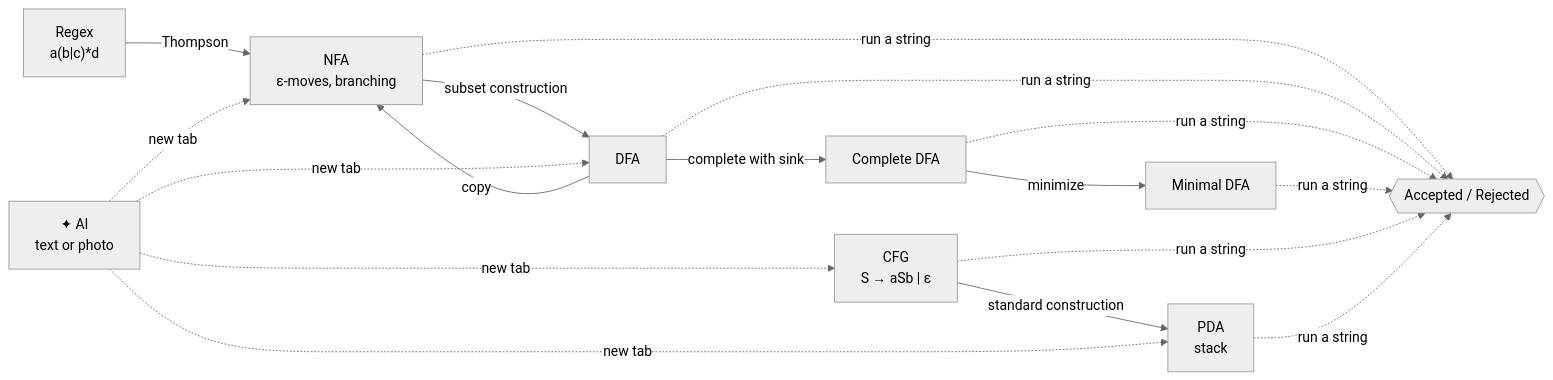
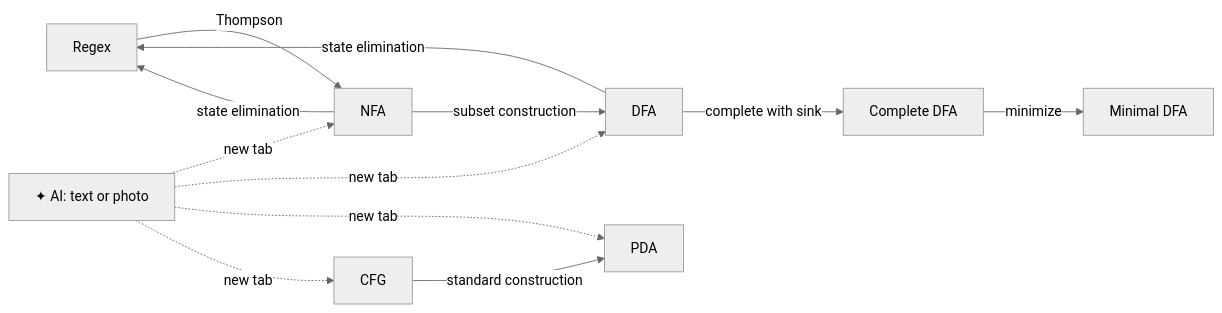
Before and after one commit to xiaogao0616/lumina: the diagram in README.md, drawn with Mermaid (neutral theme). The commit also changed other lines of this file and 1 other file, not shown here.

````diff
--- a/README.md
+++ b/README.md
@@ -214,12 +201,10 @@
 ```mermaid
 flowchart LR
-    R["Regex<br/>a(b|c)*d"] -- Thompson --> N["NFA<br/>ε-moves, branching"]
+    R["Regex"] -- Thompson --> N["NFA"]
     N -- subset construction --> D["DFA"]
-    D -- copy --> N
     D -- complete with sink --> C["Complete DFA"]
     C -- minimize --> M["Minimal DFA"]
-    N & D & C & M -. run a string .-> T{{"Accepted / Rejected"}}
-    G["CFG<br/>S → aSb | ε"] -- standard construction --> P["PDA<br/>stack"]
-    G & P -. run a string .-> T
-    AI["✦ AI<br/>text or photo"] -. new tab .-> N & D & P & G
+    D & N -- state elimination --> R
+    G["CFG"] -- standard construction --> P["PDA"]
+    AI["✦ AI: text or photo"] -. new tab .-> N & D & P & G
 ```
````
